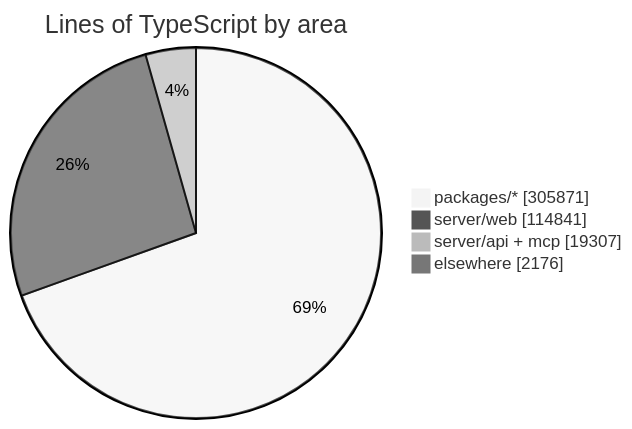
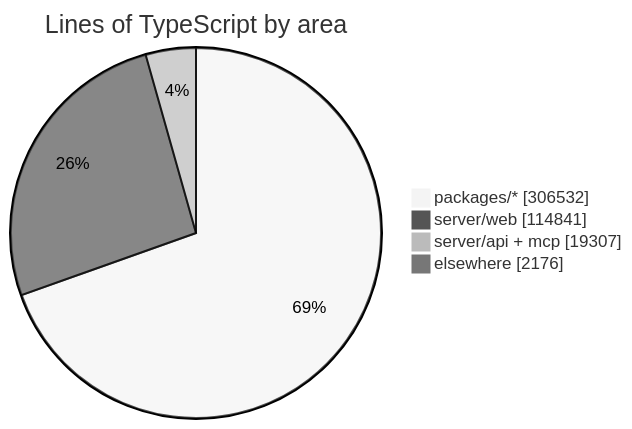
Before and after one commit to crossworks-engineering/mantle: the diagram in README.md, drawn with Mermaid (neutral theme). The commit also changed other lines of this file and 2 other files, not shown here.

````diff
--- a/README.md
+++ b/README.md
@@ -294,7 +294,7 @@
 ```mermaid
 pie showData title Lines of TypeScript by area
-    "packages/*" : 305871
+    "packages/*" : 306532
     "server/web" : 114841
     "server/api + mcp" : 19307
     "elsewhere" : 2176
 ```
````
